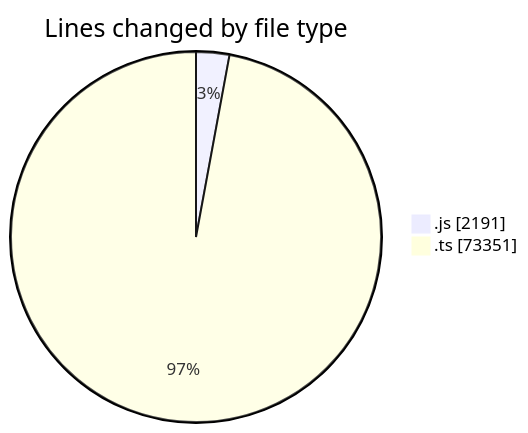
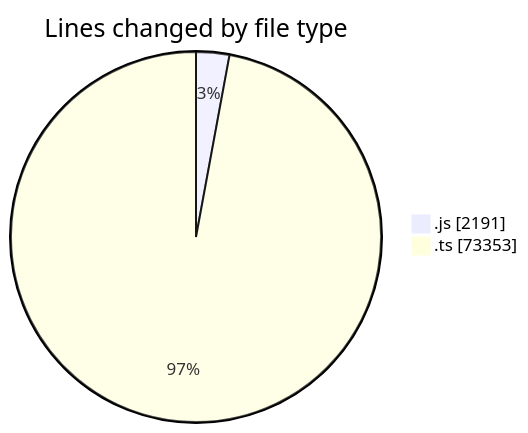
The first of 2 diagrams in 2025-06-19/cda/README.md (momahboobian/code-tracking), drawn with Mermaid before and after one commit. The commit also changed other lines of this file and 1 other file, not shown here.

````diff
--- a/2025-06-19/cda/README.md
+++ b/2025-06-19/cda/README.md
@@ -40,6 +40,6 @@
 ```mermaid
 pie showData
 title Lines changed by file type
 ".js" : 2191
-".ts" : 73351
+".ts" : 73353
 ```
````
